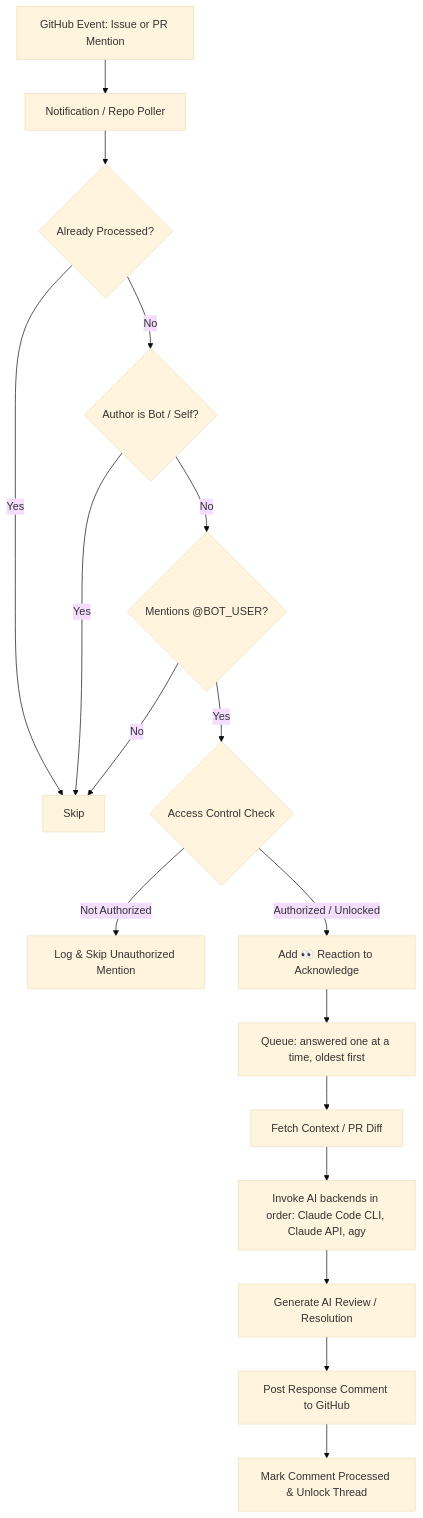
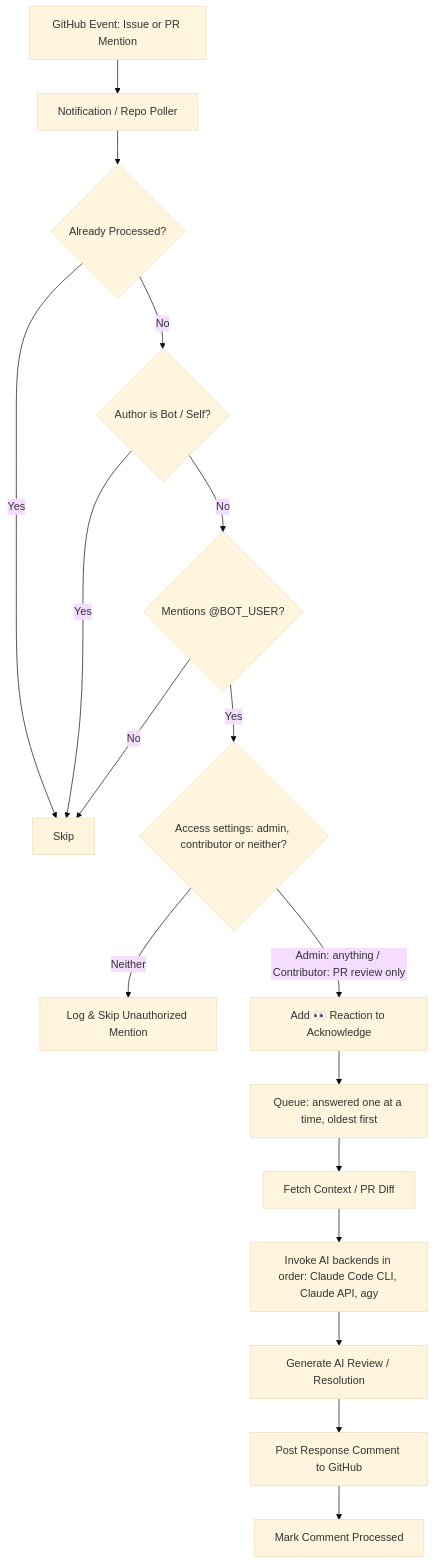
The diagram in README.md (omswami2004/github-review-agent), drawn with Mermaid (base theme) before and after one commit. The commit also changed other lines of this file and 11 other files, not shown here.

First line of the commit message:
feat(review-agent): settings page for admins, per-repo contributors and models

````diff
--- a/README.md
+++ b/README.md
@@ -11,19 +11,19 @@
 ```mermaid
 flowchart TD
     A[GitHub Event: Issue or PR Mention] --> B[Notification / Repo Poller]
     B --> C{Already Processed?}
     C -- Yes --> D[Skip]
     C -- No --> E{Author is Bot / Self?}
     E -- Yes --> D
     E -- No --> F{Mentions @BOT_USER?}
     F -- No --> D
-    F -- Yes --> G{Access Control Check}
-    G -- Not Authorized --> H[Log & Skip Unauthorized Mention]
-    G -- Authorized / Unlocked --> I[Add 👀 Reaction to Acknowledge]
+    F -- Yes --> G{Access settings: admin, contributor or neither?}
+    G -- Neither --> H[Log & Skip Unauthorized Mention]
+    G -- Admin: anything / Contributor: PR review only --> I[Add 👀 Reaction to Acknowledge]
     I --> Q[Queue: answered one at a time, oldest first]
     Q --> J[Fetch Context / PR Diff]
     J --> K[Invoke AI backends in order: Claude Code CLI, Claude API, agy]
     K --> L[Generate AI Review / Resolution]
     L --> M[Post Response Comment to GitHub]
-    M --> N[Mark Comment Processed & Unlock Thread]
+    M --> N[Mark Comment Processed]
 ```
````
